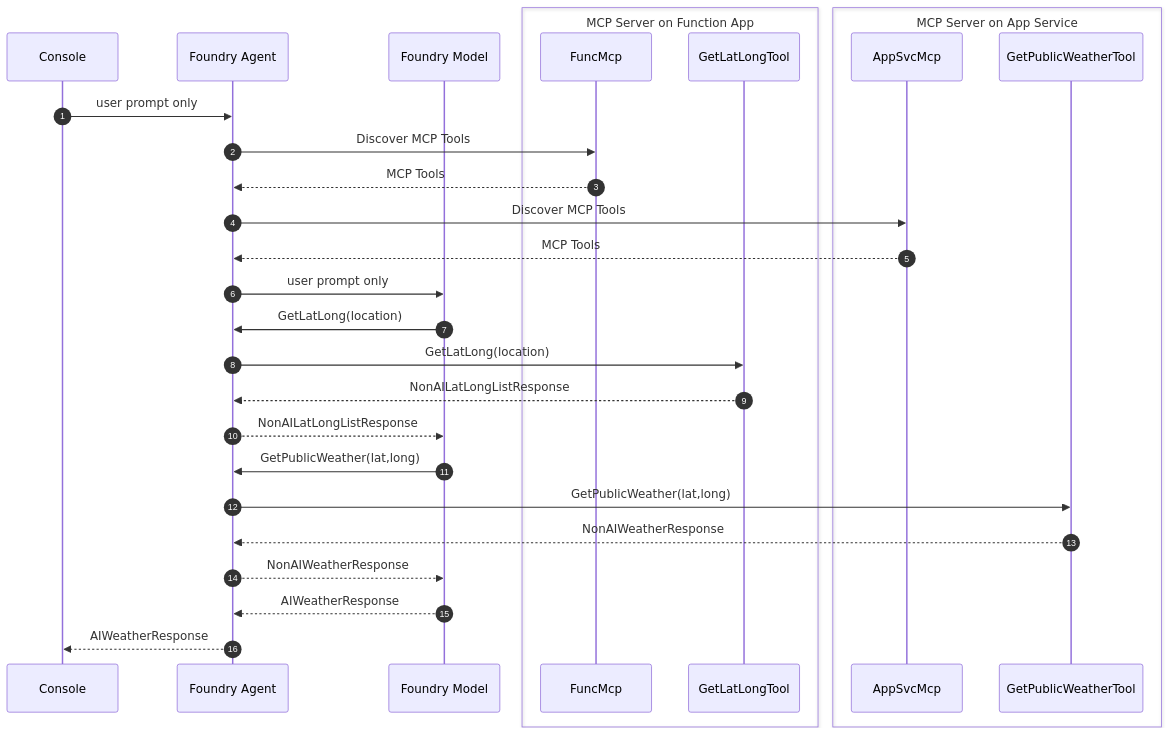
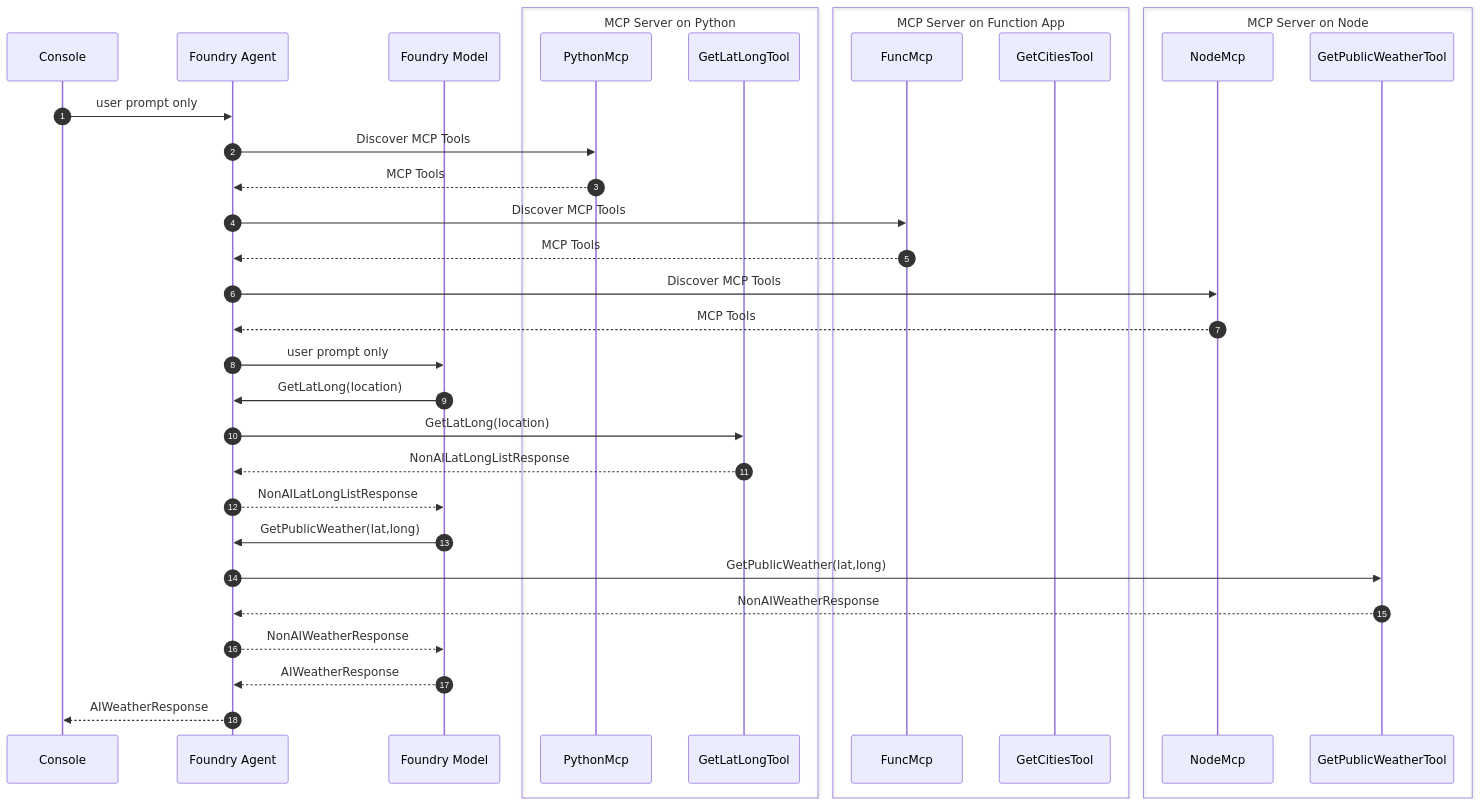
One commit to dustinkorzaan/weather-1116 changed the eighth of 8 diagrams in docs/4-demystifying-foundry-agents-mcp/demystifying-foundry-agents-mcp.md. Above: the diagram before and after it, drawn with Mermaid. The commit also changed other lines of this file and 27 other files, not shown here.

First line of the commit message:
Swap geo MCP tools: GetLatLong/GetLocation → mcp-srv-python, GetCities → mcp-srv-func-app (#361)

````diff
--- a/docs/4-demystifying-foundry-agents-mcp/demystifying-foundry-agents-mcp.md
+++ b/docs/4-demystifying-foundry-agents-mcp/demystifying-foundry-agents-mcp.md
@@ -244,32 +256,38 @@
   ```mermaid
   sequenceDiagram
       autonumber
       participant Console
       participant Agent as Foundry Agent
       participant Model as Foundry Model
+      box MCP Server on Python
+          participant PythonMcp
+          participant GetLatLongTool
+      end
       box MCP Server on Function App
           participant FuncMcp
-          participant GetLatLongTool
+          participant GetCitiesTool
       end
-      box MCP Server on App Service
-          participant AppSvcMcp
+      box MCP Server on Node
+          participant NodeMcp
           participant GetPublicWeatherTool
       end
 
       Console->>Agent: user prompt only
+      Agent->>PythonMcp: Discover MCP Tools
+      PythonMcp-->>Agent: MCP Tools
       Agent->>FuncMcp: Discover MCP Tools
       FuncMcp-->>Agent: MCP Tools
-      Agent->>AppSvcMcp: Discover MCP Tools
-      AppSvcMcp-->>Agent: MCP Tools
+      Agent->>NodeMcp: Discover MCP Tools
+      NodeMcp-->>Agent: MCP Tools
       Agent->>Model: user prompt only
       Model->>Agent: GetLatLong(location)
       Agent->>GetLatLongTool: GetLatLong(location)
       GetLatLongTool-->>Agent: NonAILatLongListResponse
       Agent-->>Model: NonAILatLongListResponse
       Model->>Agent: GetPublicWeather(lat,long)
       Agent->>GetPublicWeatherTool: GetPublicWeather(lat,long)
       GetPublicWeatherTool-->>Agent: NonAIWeatherResponse
       Agent-->>Model: NonAIWeatherResponse
       Model-->>Agent: AIWeatherResponse
       Agent-->>Console: AIWeatherResponse
   ```
````
